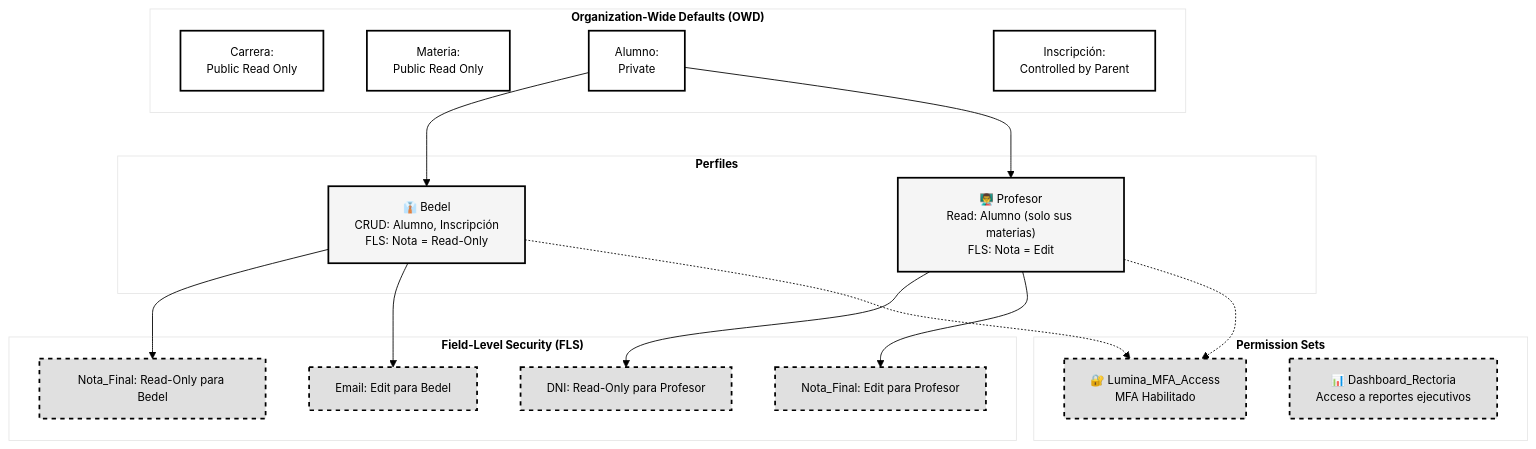
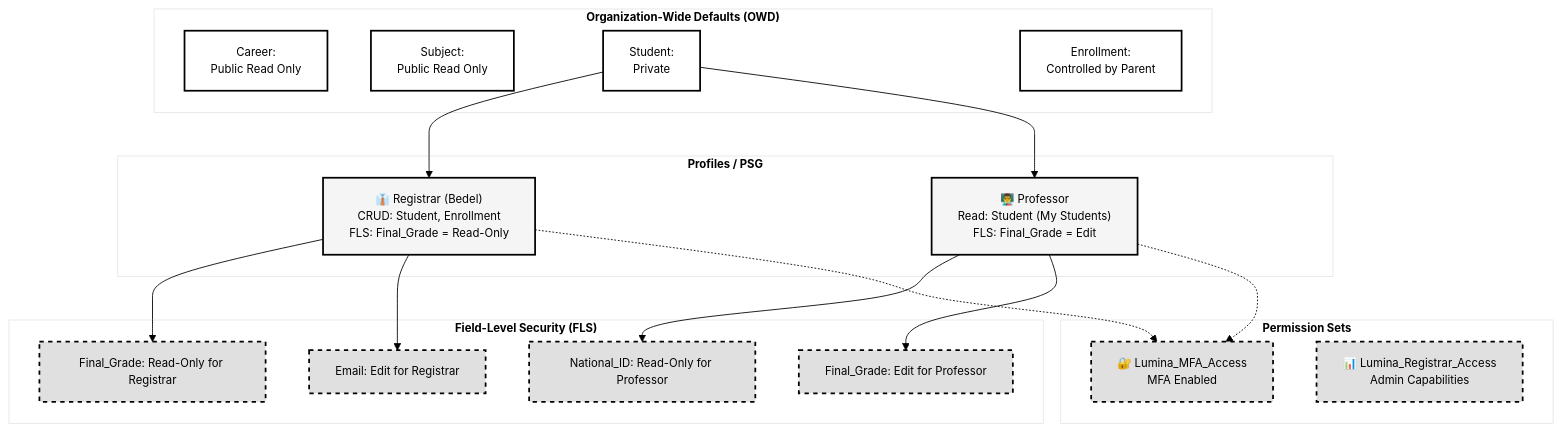
Before and after one commit to wigsdev/salesforce_admin: the diagram in content/Lumina_Tech/DIAGRAMA_SEGURIDAD.md, drawn with Mermaid. The commit also changed other lines of this file and 2 other files, not shown here.

Commit message:
docs(diagrams): update ERD, Trello Flow (11 cols), and Security Blueprints to Gold Standard

````diff
--- a/content/Lumina_Tech/DIAGRAMA_SEGURIDAD.md
+++ b/content/Lumina_Tech/DIAGRAMA_SEGURIDAD.md
@@ -3,44 +3,44 @@
 ```mermaid
 %%{init: {'theme':'base', 'themeVariables': { 'primaryColor':'#fff','primaryTextColor':'#000','primaryBorderColor':'#000','lineColor':'#000','fontSize':'13px'}}}%%
 graph TB
     subgraph OWD["<b>Organization-Wide Defaults (OWD)</b>"]
-        OWD1["Carrera:<br/>Public Read Only"]
-        OWD2["Materia:<br/>Public Read Only"]
-        OWD3["Alumno:<br/>Private"]
-        OWD4["Inscripción:<br/>Controlled by Parent"]
+        OWD1["Career:<br/>Public Read Only"]
+        OWD2["Subject:<br/>Public Read Only"]
+        OWD3["Student:<br/>Private"]
+        OWD4["Enrollment:<br/>Controlled by Parent"]
     end
     
-    subgraph PROF["<b>Perfiles</b>"]
-        P1["👔 Bedel<br/>CRUD: Alumno, Inscripción<br/>FLS: Nota = Read-Only"]
-        P2["👨‍🏫 Profesor<br/>Read: Alumno (solo sus materias)<br/>FLS: Nota = Edit"]
+    subgraph PROF["<b>Profiles / PSG</b>"]
+        P1["👔 Registrar (Bedel)<br/>CRUD: Student, Enrollment<br/>FLS: Final_Grade = Read-Only"]
+        P2["👨‍🏫 Professor<br/>Read: Student (My Students)<br/>FLS: Final_Grade = Edit"]
     end
     
     subgraph PS["<b>Permission Sets</b>"]
-        PS1["🔐 Lumina_MFA_Access<br/>MFA Habilitado"]
-        PS2["📊 Dashboard_Rectoria<br/>Acceso a reportes ejecutivos"]
+        PS1["🔐 Lumina_MFA_Access<br/>MFA Enabled"]
+        PS2["📊 Lumina_Registrar_Access<br/>Admin Capabilities"]
     end
     
     subgraph FLS["<b>Field-Level Security (FLS)</b>"]
-        FLS1["DNI: Read-Only para Profesor"]
-        FLS2["Nota_Final: Edit para Profesor"]
-        FLS3["Nota_Final: Read-Only para Bedel"]
-        FLS4["Email: Edit para Bedel"]
+        FLS1["National_ID: Read-Only for Professor"]
+        FLS2["Final_Grade: Edit for Professor"]
+        FLS3["Final_Grade: Read-Only for Registrar"]
+        FLS4["Email: Edit for Registrar"]
     end
     
     OWD3 --> P1
     OWD3 --> P2
     P1 --> FLS3
     P1 --> FLS4
     P2 --> FLS1
     P2 --> FLS2
     P1 -.-> PS1
     P2 -.-> PS1
     
     classDef owdStyle fill:#fff,stroke:#000,stroke-width:2px,color:#000
     classDef profileStyle fill:#f5f5f5,stroke:#000,stroke-width:2px,color:#000
     classDef psStyle fill:#e0e0e0,stroke:#000,stroke-width:2px,color:#000,stroke-dasharray: 5 5
     
     class OWD1,OWD2,OWD3,OWD4 owdStyle
     class P1,P2 profileStyle
     class PS1,PS2,FLS1,FLS2,FLS3,FLS4 psStyle
 ```
````
